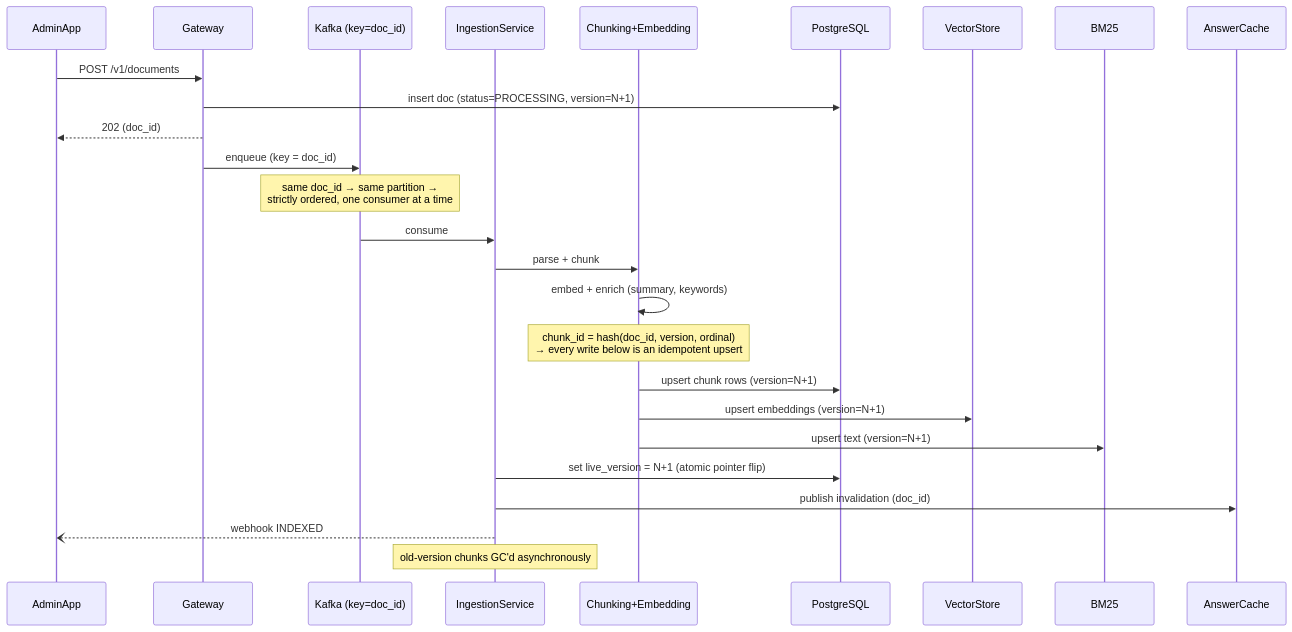
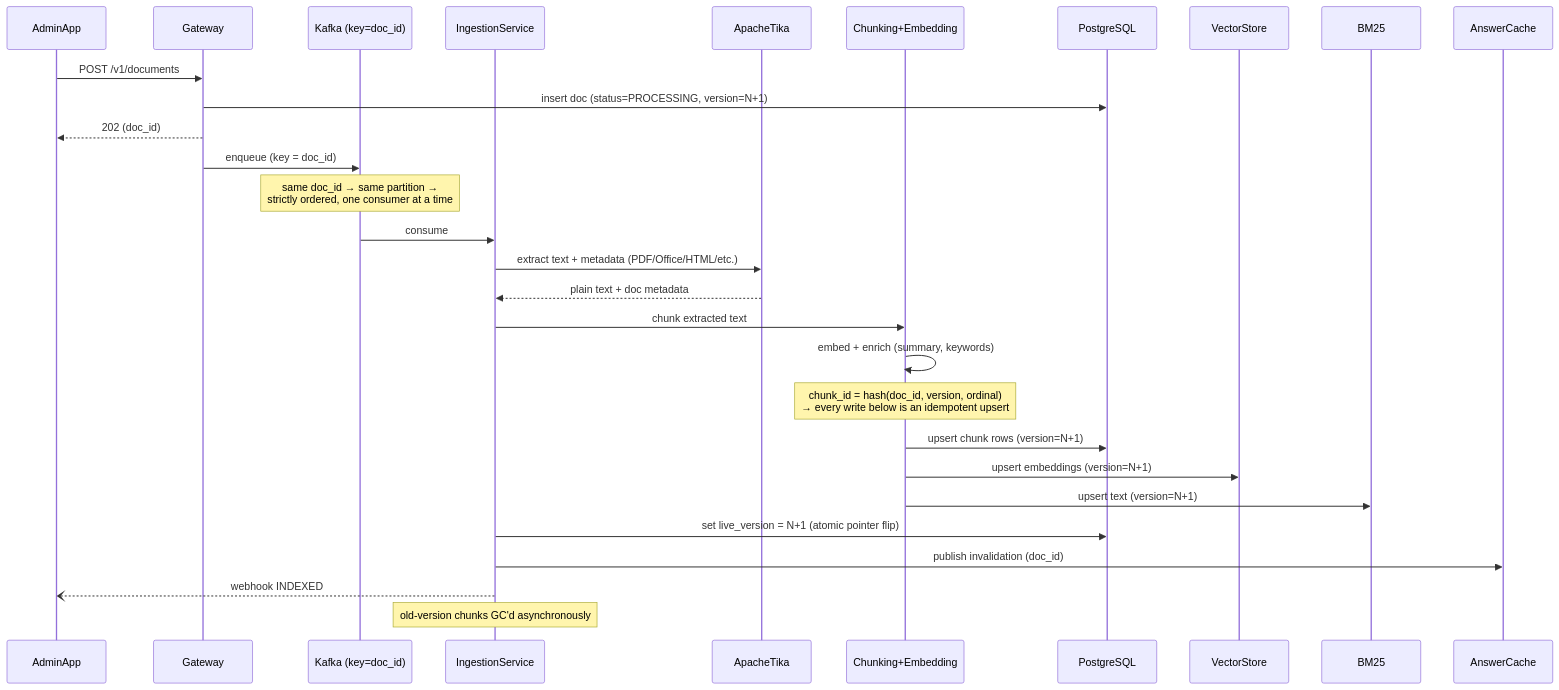
The third of 5 diagrams in system-design-fab.md (Zeeshan-Hamid/System-Design), drawn with Mermaid before and after one commit. The commit also changed other lines of this file, not shown here.

````diff
--- a/system-design-fab.md
+++ b/system-design-fab.md
@@ -329,29 +338,32 @@
 ```mermaid
 sequenceDiagram
     participant Admin as AdminApp
     participant API as Gateway
     participant K as Kafka (key=doc_id)
     participant Ing as IngestionService
+    participant Tika as ApacheTika
     participant Chunk as Chunking+Embedding
     participant PG as PostgreSQL
     participant Vec as VectorStore
     participant BM as BM25
     participant C as AnswerCache
 
     Admin->>API: POST /v1/documents
     API->>PG: insert doc (status=PROCESSING, version=N+1)
     API-->>Admin: 202 (doc_id)
     API->>K: enqueue (key = doc_id)
     Note over K: same doc_id → same partition →<br/>strictly ordered, one consumer at a time
     K->>Ing: consume
-    Ing->>Chunk: parse + chunk
+    Ing->>Tika: extract text + metadata (PDF/Office/HTML/etc.)
+    Tika-->>Ing: plain text + doc metadata
+    Ing->>Chunk: chunk extracted text
     Chunk->>Chunk: embed + enrich (summary, keywords)
     Note over Chunk: chunk_id = hash(doc_id, version, ordinal)<br/>→ every write below is an idempotent upsert
     Chunk->>PG: upsert chunk rows (version=N+1)
     Chunk->>Vec: upsert embeddings (version=N+1)
     Chunk->>BM: upsert text (version=N+1)
     Ing->>PG: set live_version = N+1 (atomic pointer flip)
     Ing->>C: publish invalidation (doc_id)
     Ing--)Admin: webhook INDEXED
     Note over Ing: old-version chunks GC'd asynchronously
 ```
````
